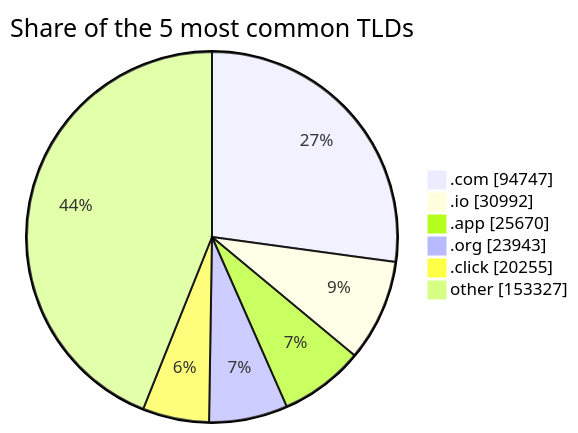
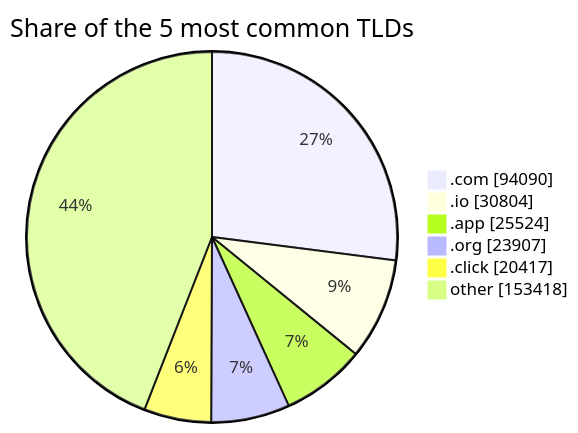
One commit to DNSBunker/CTI changed the third of 3 diagrams in README.md. Above: the diagram before and after it, drawn with Mermaid. The commit also changed other lines of this file and 4 other files, not shown here.

````diff
--- a/README.md
+++ b/README.md
@@ -81,9 +81,9 @@
 ```mermaid
 pie showData title Share of the 5 most common TLDs
-    ".com" : 94747
-    ".io" : 30992
-    ".app" : 25670
-    ".org" : 23943
-    ".click" : 20255
-    "other" : 153327
+    ".com" : 94090
+    ".io" : 30804
+    ".app" : 25524
+    ".org" : 23907
+    ".click" : 20417
+    "other" : 153418
 ```
````
